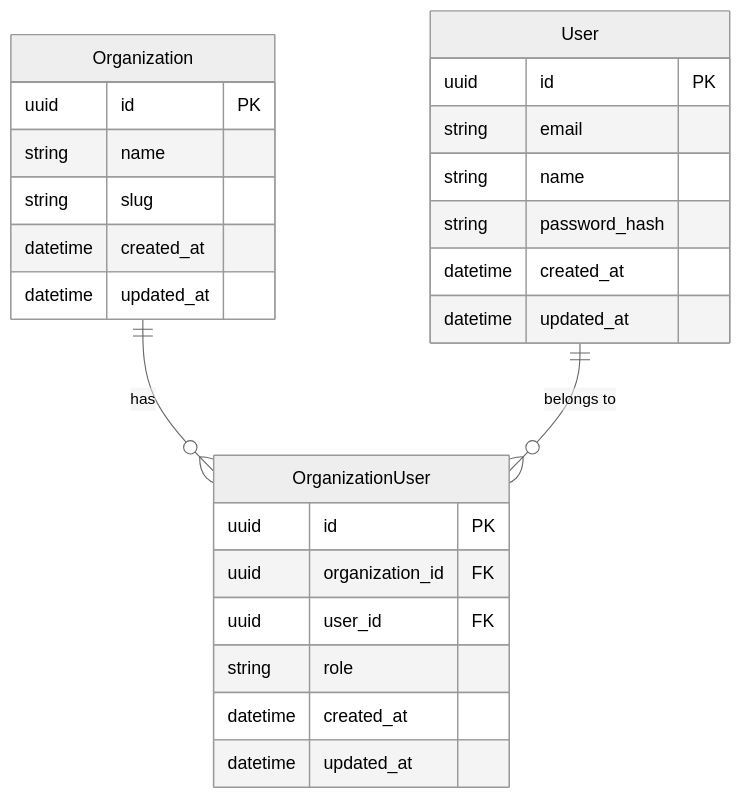
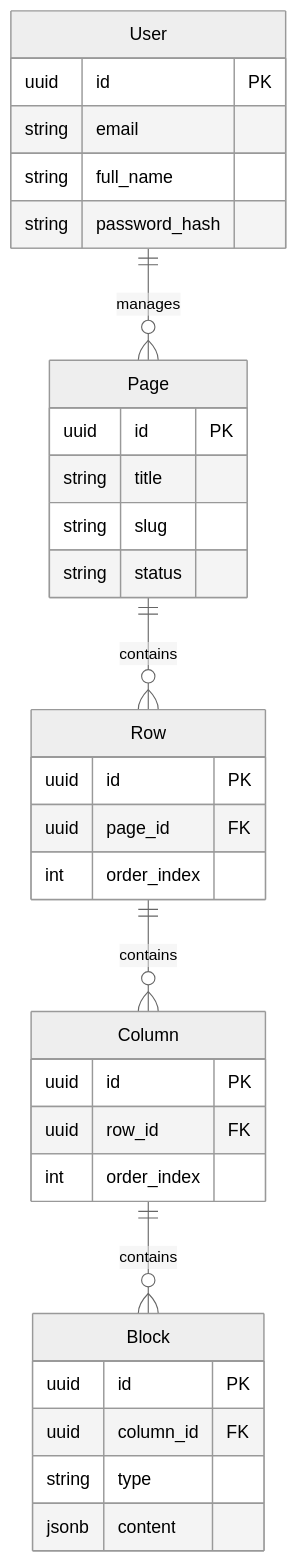
The diagram in server/docs/DATABASE.md (rubenalves-dev/template-fullstck), drawn with Mermaid (neutral theme) before and after one commit. The commit also changed other lines of this file and 7 other files, not shown here.

````diff
--- a/server/docs/DATABASE.md
+++ b/server/docs/DATABASE.md
@@ -41,31 +33,40 @@
 ```mermaid
 erDiagram
-    Organization ||--o{ OrganizationUser : "has"
-    User ||--o{ OrganizationUser : "belongs to"
-
-    Organization {
-        uuid id PK
-        string name
-        string slug
-        datetime created_at
-        datetime updated_at
-    }
+    User ||--o{ Page : "manages"
+    Page ||--o{ Row : "contains"
+    Row ||--o{ Column : "contains"
+    Column ||--o{ Block : "contains"
 
     User {
         uuid id PK
         string email
-        string name
+        string full_name
         string password_hash
-        datetime created_at
-        datetime updated_at
     }
 
-    OrganizationUser {
+    Page {
         uuid id PK
-        uuid organization_id FK
-        uuid user_id FK
-        string role
-        datetime created_at
-        datetime updated_at
+        string title
+        string slug
+        string status
+    }
+
+    Row {
+        uuid id PK
+        uuid page_id FK
+        int order_index
+    }
+
+    Column {
+        uuid id PK
+        uuid row_id FK
+        int order_index
+    }
+
+    Block {
+        uuid id PK
+        uuid column_id FK
+        string type
+        jsonb content
     }
 ```
````
